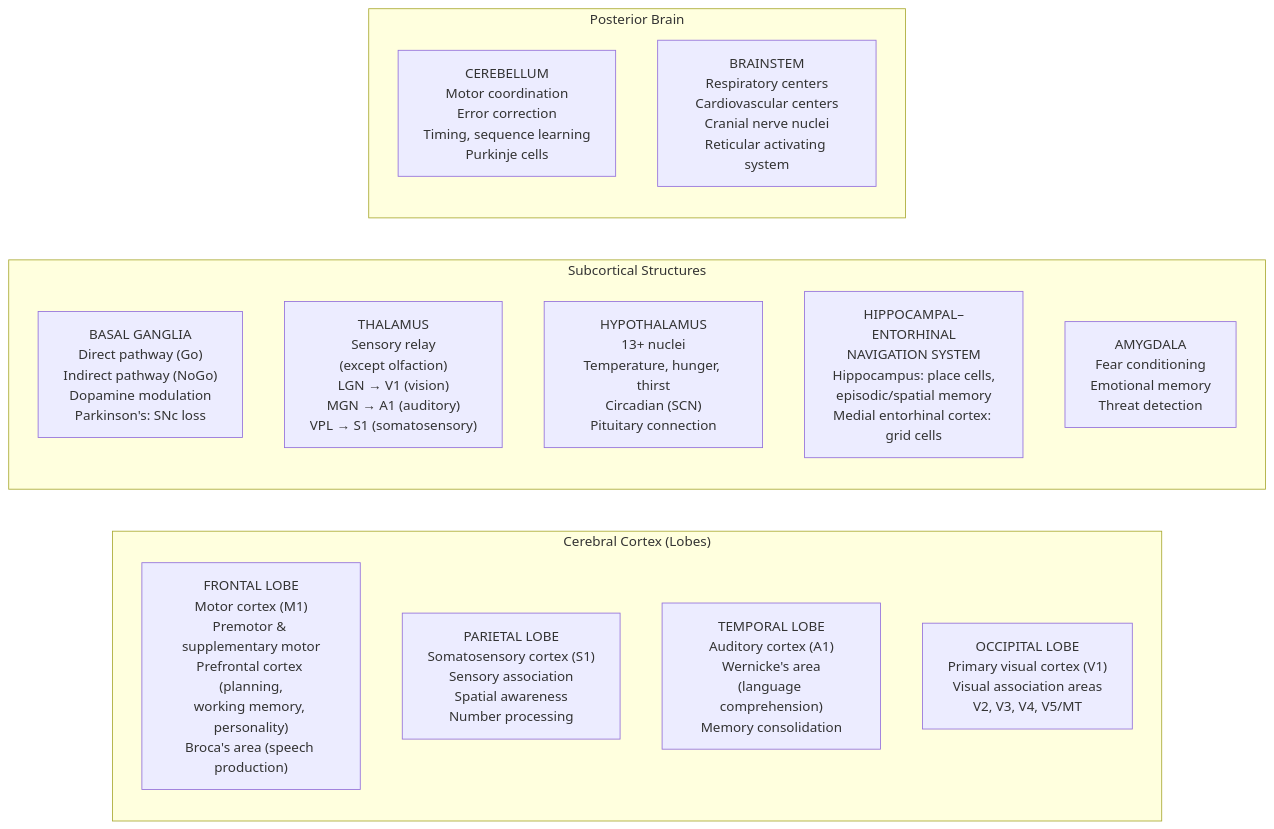
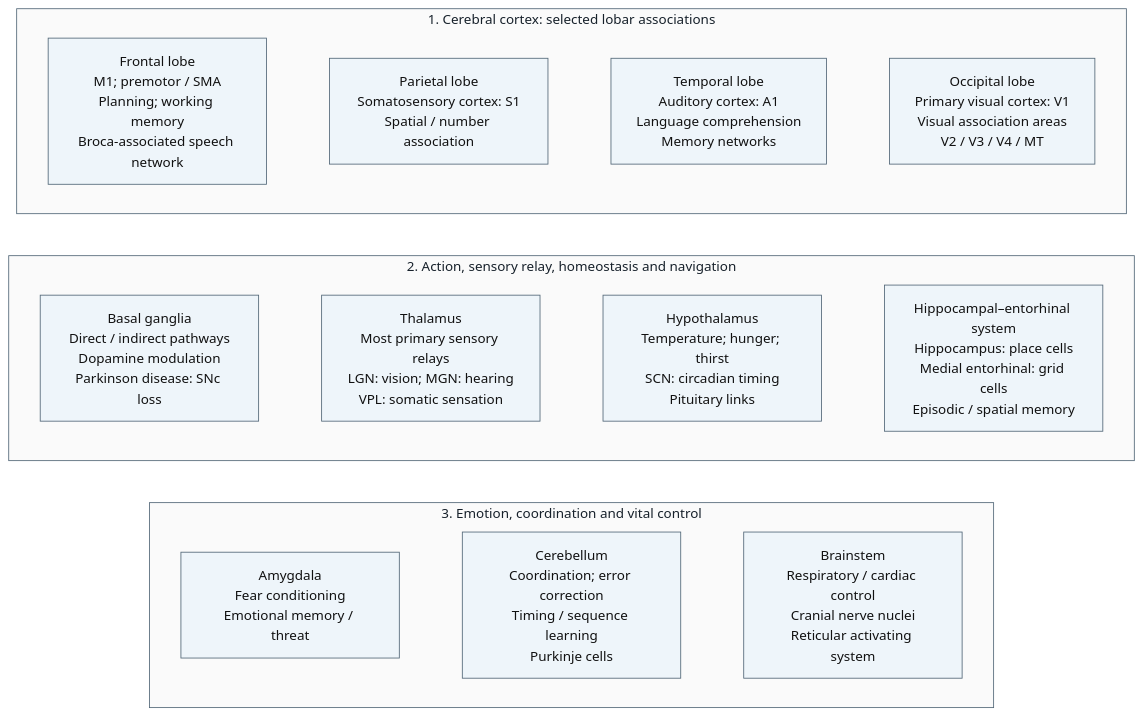
The third of 3 diagrams in docs/manuscript/unit_IX/nervous_system.md (docxology/biology_textbook), drawn with Mermaid before and after one commit. The commit also changed other lines of this file and 41 other files, not shown here.

````diff
--- a/docs/manuscript/unit_IX/nervous_system.md
+++ b/docs/manuscript/unit_IX/nervous_system.md
@@ -431,22 +437,35 @@
 ```mermaid
-graph LR
-    subgraph Cerebral_Cortex ["Cerebral Cortex (Lobes)"]
-        F["FRONTAL LOBE<br/>Motor cortex (M1)<br/>Premotor & supplementary motor<br/>Prefrontal cortex (planning,<br/>working memory, personality)<br/>Broca's area (speech production)"]
-        P["PARIETAL LOBE<br/>Somatosensory cortex (S1)<br/>Sensory association<br/>Spatial awareness<br/>Number processing"]
-        T["TEMPORAL LOBE<br/>Auditory cortex (A1)<br/>Wernicke's area<br/>(language comprehension)<br/>Memory consolidation"]
-        O["OCCIPITAL LOBE<br/>Primary visual cortex (V1)<br/>Visual association areas<br/>V2, V3, V4, V5/MT"]
+---
+config:
+  layout: dagre
+---
+graph TD
+    subgraph Cortex["1. Cerebral cortex: selected lobar associations"]
+        direction LR
+        F["Frontal lobe<br/>M1; premotor / SMA<br/>Planning; working memory<br/>Broca-associated speech network"]
+        P["Parietal lobe<br/>Somatosensory cortex: S1<br/>Spatial / number association"]
+        T["Temporal lobe<br/>Auditory cortex: A1<br/>Language comprehension<br/>Memory networks"]
+        O["Occipital lobe<br/>Primary visual cortex: V1<br/>Visual association areas<br/>V2 / V3 / V4 / MT"]
+        F ~~~ P ~~~ T ~~~ O
     end
-
-    subgraph Subcortical ["Subcortical Structures"]
-        BG2["BASAL GANGLIA<br/>Direct pathway (Go)<br/>Indirect pathway (NoGo)<br/>Dopamine modulation<br/>Parkinson's: SNc loss"]
-        TH["THALAMUS<br/>Sensory relay<br/>(except olfaction)<br/>LGN → V1 (vision)<br/>MGN → A1 (auditory)<br/>VPL → S1 (somatosensory)"]
-        HT["HYPOTHALAMUS<br/>13+ nuclei<br/>Temperature, hunger, thirst<br/>Circadian (SCN)<br/>Pituitary connection"]
-        HC["HIPPOCAMPAL–ENTORHINAL<br/>NAVIGATION SYSTEM<br/>Hippocampus: place cells,<br/>episodic/spatial memory<br/>Medial entorhinal cortex: grid cells"]
-        AM["AMYGDALA<br/>Fear conditioning<br/>Emotional memory<br/>Threat detection"]
+    subgraph NucleiMemory["2. Action, sensory relay, homeostasis and navigation"]
+        direction LR
+        BG2["Basal ganglia<br/>Direct / indirect pathways<br/>Dopamine modulation<br/>Parkinson disease: SNc loss"]
+        TH["Thalamus<br/>Most primary sensory relays<br/>LGN: vision; MGN: hearing<br/>VPL: somatic sensation"]
+        HT["Hypothalamus<br/>Temperature; hunger; thirst<br/>SCN: circadian timing<br/>Pituitary links"]
+        HC["Hippocampal–entorhinal system<br/>Hippocampus: place cells<br/>Medial entorhinal: grid cells<br/>Episodic / spatial memory"]
+        BG2 ~~~ TH ~~~ HT ~~~ HC
     end
-
-    subgraph Posterior ["Posterior Brain"]
-        CB["CEREBELLUM<br/>Motor coordination<br/>Error correction<br/>Timing, sequence learning<br/>Purkinje cells"]
-        BS2["BRAINSTEM<br/>Respiratory centers<br/>Cardiovascular centers<br/>Cranial nerve nuclei<br/>Reticular activating system"]
+    subgraph PosteriorEmotion["3. Emotion, coordination and vital control"]
+        direction LR
+        AM["Amygdala<br/>Fear conditioning<br/>Emotional memory / threat"]
+        CB["Cerebellum<br/>Coordination; error correction<br/>Timing / sequence learning<br/>Purkinje cells"]
+        BS2["Brainstem<br/>Respiratory / cardiac control<br/>Cranial nerve nuclei<br/>Reticular activating system"]
+        AM ~~~ CB ~~~ BS2
     end
+    Cortex ~~~ NucleiMemory ~~~ PosteriorEmotion
+    classDef default fill:#eef5fa,stroke:#526777,color:#111111
+    style Cortex fill:#fafafa,stroke:#526777,color:#17212b
+    style NucleiMemory fill:#fafafa,stroke:#526777,color:#17212b
+    style PosteriorEmotion fill:#fafafa,stroke:#526777,color:#17212b
 ```
````
